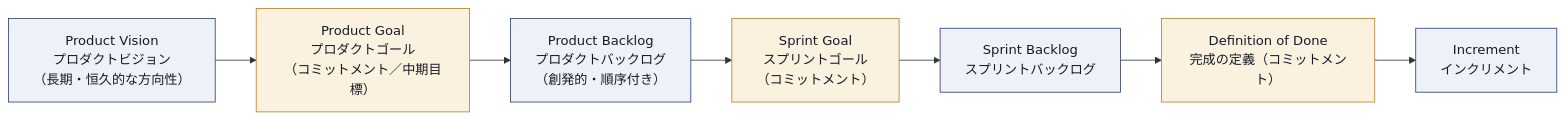
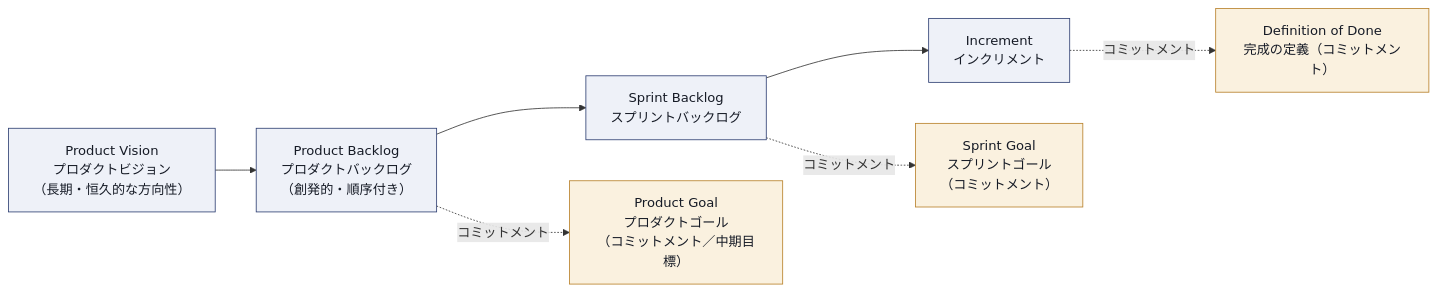
One commit to myoshi2891/Management-Team-Building-Studies changed the second of 5 diagrams in Professional-Scrum-Product-Backlog-Management-Skills.md. Above: the diagram before and after it, drawn with Mermaid. The commit also changed 1 other file, not shown here.

Commit message:
docs(pspbm): refine artifacts and commitments relationship in diagram

````diff
--- a/Professional-Scrum-Product-Backlog-Management-Skills.md
+++ b/Professional-Scrum-Product-Backlog-Management-Skills.md
@@ -177,14 +177,14 @@
 ```mermaid
 flowchart LR
-    PV["Product Vision<br/>プロダクトビジョン<br/>（長期・恒久的な方向性）"] --> PG["Product Goal<br/>プロダクトゴール<br/>（コミットメント／中期目標）"]
-    PG --> PB["Product Backlog<br/>プロダクトバックログ<br/>（創発的・順序付き）"]
-    PB --> SG["Sprint Goal<br/>スプリントゴール<br/>（コミットメント）"]
-    SG --> SB["Sprint Backlog<br/>スプリントバックログ"]
-    SB --> DoD["Definition of Done<br/>完成の定義（コミットメント）"]
-    DoD --> INC["Increment<br/>インクリメント"]
+    PV["Product Vision<br/>プロダクトビジョン<br/>（長期・恒久的な方向性）"] --> PB["Product Backlog<br/>プロダクトバックログ<br/>（創発的・順序付き）"]
+    PB --> SB["Sprint Backlog<br/>スプリントバックログ"]
+    SB --> INC["Increment<br/>インクリメント"]
+    PB -.->|"コミットメント"| PG["Product Goal<br/>プロダクトゴール<br/>（コミットメント／中期目標）"]
+    SB -.->|"コミットメント"| SG["Sprint Goal<br/>スプリントゴール<br/>（コミットメント）"]
+    INC -.->|"コミットメント"| DoD["Definition of Done<br/>完成の定義（コミットメント）"]
 
     classDef commit fill:#FAF1DF,stroke:#B8802A,color:#161B26
     classDef artifact fill:#EEF1F8,stroke:#2E3F72,color:#161B26
     class PG,SG,DoD commit
     class PV,PB,SB,INC artifact
 ```
````
